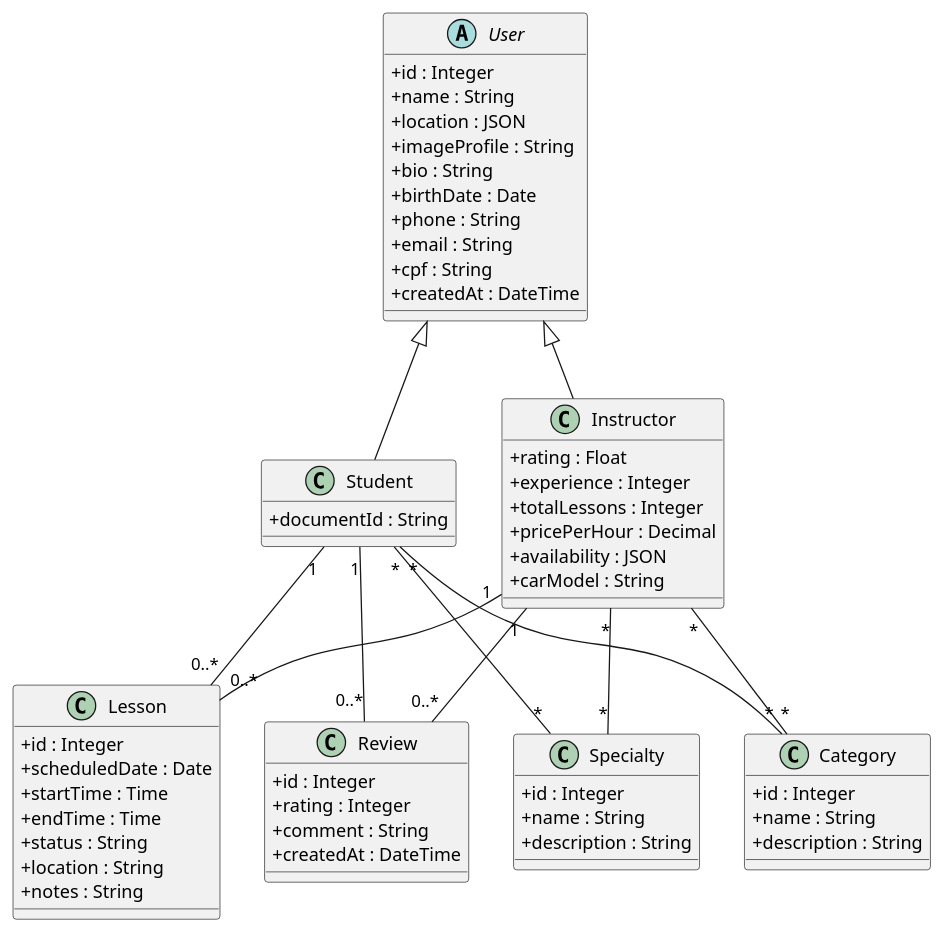
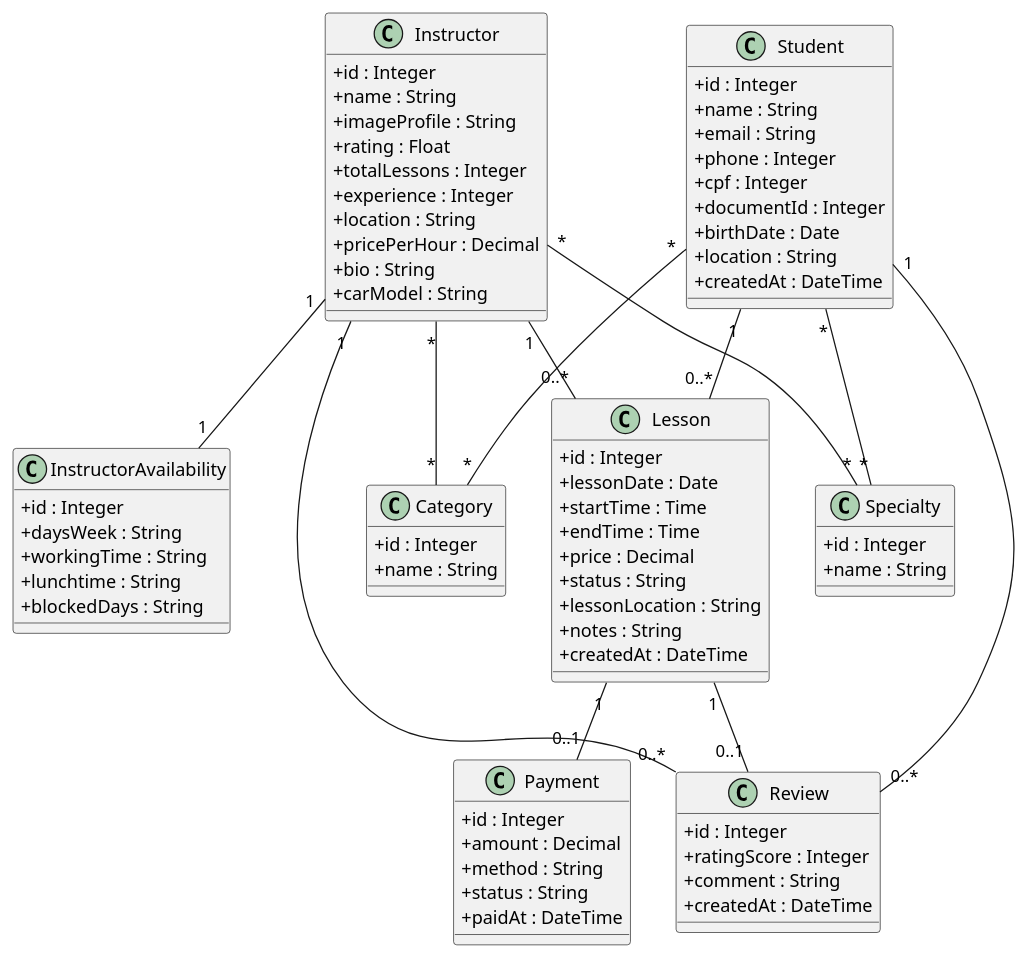
The diagram in Modelagem/geral_class.puml (GrupoMinas-2/Instrutor_Facil), drawn with PlantUML before and after one commit. The commit also changed 12 other files, not shown here.

```diff
--- a/Modelagem/geral_class.puml
+++ b/Modelagem/geral_class.puml
@@ -1,75 +1,97 @@
 @startuml
 
 skinparam classAttributeIconSize 0
 
-abstract class User {
+class Instructor {
     +id : Integer
     +name : String
-    +location : JSON
     +imageProfile : String
+    +rating : Float
+    +totalLessons : Integer
+    +experience : Integer
+    +location : String
+    +pricePerHour : Decimal
     +bio : String
-    +birthDate : Date
-    +phone : String
-    +email : String
-    +cpf : String
-    +createdAt : DateTime
+    +carModel : String
 }
 
 class Student {
-    +documentId : String
-}
-
-class Instructor {
-    +rating : Float
-    +experience : Integer
-    +totalLessons : Integer
-    +pricePerHour : Decimal
-    +availability : JSON
-    +carModel : String
+    +id : Integer
+    +name : String
+    +email : String
+    +phone : Integer
+    +cpf : Integer
+    +documentId : Integer
+    +birthDate : Date
+    +location : String
+    +createdAt : DateTime
 }
 
 class Specialty {
     +id : Integer
     +name : String
-    +description : String
 }
 
 class Category {
     +id : Integer
     +name : String
-    +description : String
 }
 
 class Lesson {
     +id : Integer
-    +scheduledDate : Date
+    +lessonDate : Date
     +startTime : Time
     +endTime : Time
+    +price : Decimal
     +status : String
-    +location : String
+    +lessonLocation : String
     +notes : String
+    +createdAt : DateTime
+}
+
+class Payment {
+    +id : Integer
+    +amount : Decimal
+    +method : String
+    +status : String
+    +paidAt : DateTime
 }
 
 class Review {
     +id : Integer
-    +rating : Integer
+    +ratingScore : Integer
     +comment : String
     +createdAt : DateTime
 }
 
-User <|-- Student
-User <|-- Instructor
+class InstructorAvailability {
+    +id : Integer
+    +daysWeek : String
+    +workingTime : String
+    +lunchtime : String
+    +blockedDays : String
+}
+
+' =====================
+' RELACIONAMENTOS
+' =====================
 
 Instructor "1" -- "0..*" Lesson
 Student "1" -- "0..*" Lesson
+
+Lesson "1" -- "0..1" Payment
+
+Lesson "1" -- "0..1" Review
 
 Instructor "1" -- "0..*" Review
 Student "1" -- "0..*" Review
 
 Instructor "*" -- "*" Specialty
 Student "*" -- "*" Specialty
 
 Instructor "*" -- "*" Category
 Student "*" -- "*" Category
 
+Instructor "1" -- "1" InstructorAvailability
+
 @enduml
```
